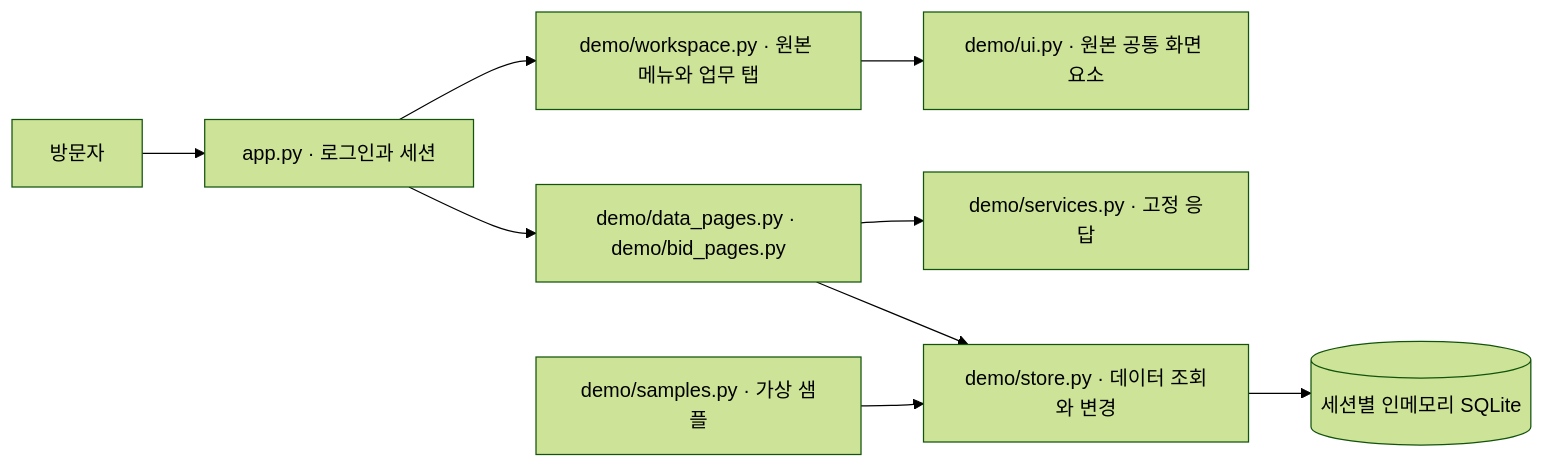
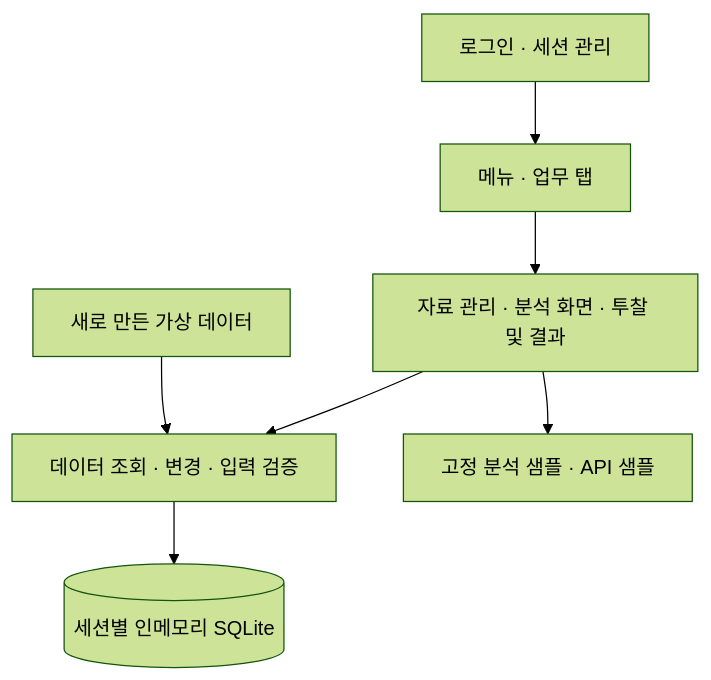
One commit to inhaaa/PriceSystem-demo changed the diagram in README.md. Above: the diagram before and after it, drawn with Mermaid (forest theme). The commit also changed other lines of this file, not shown here.

Commit message:
docs: present PriceSystem as a portfolio demo

````diff
--- a/README.md
+++ b/README.md
@@ -81,11 +116,9 @@
 ```mermaid
-flowchart LR
-    Visitor[방문자] --> App[app.py · 로그인과 세션]
-    App --> Workspace[demo/workspace.py · 원본 메뉴와 업무 탭]
-    Workspace --> UI[demo/ui.py · 원본 공통 화면 요소]
-    App --> Pages[demo/data_pages.py · demo/bid_pages.py]
-    Pages --> Services[demo/services.py · 고정 응답]
-    Pages --> Store[demo/store.py · 데이터 조회와 변경]
-    Samples[demo/samples.py · 가상 샘플] --> Store
+flowchart TD
+    App[로그인 · 세션 관리] --> Workspace[메뉴 · 업무 탭]
+    Workspace --> Pages[자료 관리 · 분석 화면 · 투찰 및 결과]
+    Pages --> Store[데이터 조회 · 변경 · 입력 검증]
+    Pages --> Services[고정 분석 샘플 · API 샘플]
     Store --> DB[(세션별 인메모리 SQLite)]
+    Samples[새로 만든 가상 데이터] --> Store
 ```
````
